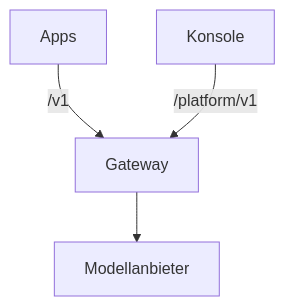
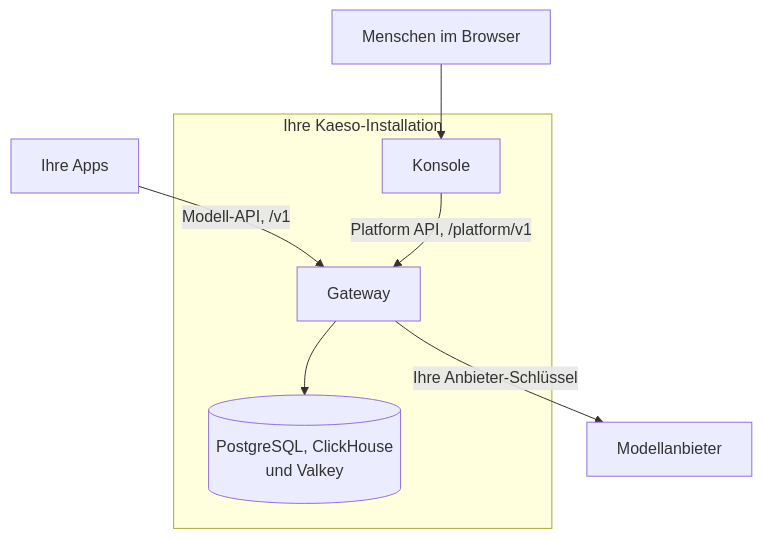
The diagram in apps/docs/content/de/index.md (logicplanes/kaeso), drawn with Mermaid before and after one commit. The commit also changed 59 other files, not shown here.

First line of the commit message:
Redraw the introduction's and concept pages' diagrams so each tells its story at a glance

````diff
--- a/apps/docs/content/de/index.md
+++ b/apps/docs/content/de/index.md
@@ -49,8 +49,18 @@
 ```mermaid
 flowchart TD
   accTitle: Wie die Teile zusammenspielen
-  accDescr: Apps rufen das Gateway unter /v1 auf, die Konsole unter /platform/v1; das Gateway ruft die Modellanbieter auf.
-  apps[Apps] -- /v1 --> gateway[Gateway]
-  console[Konsole] -- /platform/v1 --> gateway
-  gateway --> providers[Modellanbieter]
+  accDescr: Ihre Apps rufen die Modell-API des Gateways unter /v1 auf, und Menschen nutzen die Konsole, die die Platform API des Gateways unter /platform/v1 aufruft. Das Gateway speichert seine Daten in PostgreSQL, ClickHouse und Valkey Ihrer Installation und ruft die Modellanbieter mit Ihren Anbieter-Schlüsseln auf.
+  apps[Ihre Apps]:::outside
+  people[Menschen im Browser]:::outside
+  subgraph install [Ihre Kaeso-Installation]
+    console[Konsole]
+    gateway[Gateway]:::accent
+    stores[(PostgreSQL, ClickHouse<br>und Valkey)]
+  end
+  providers[Modellanbieter]:::outside
+  people --> console
+  apps -- Modell-API, /v1 --> gateway
+  console -- Platform API, /platform/v1 --> gateway
+  gateway --> stores
+  gateway -- Ihre Anbieter-Schlüssel --> providers
 ```
````
